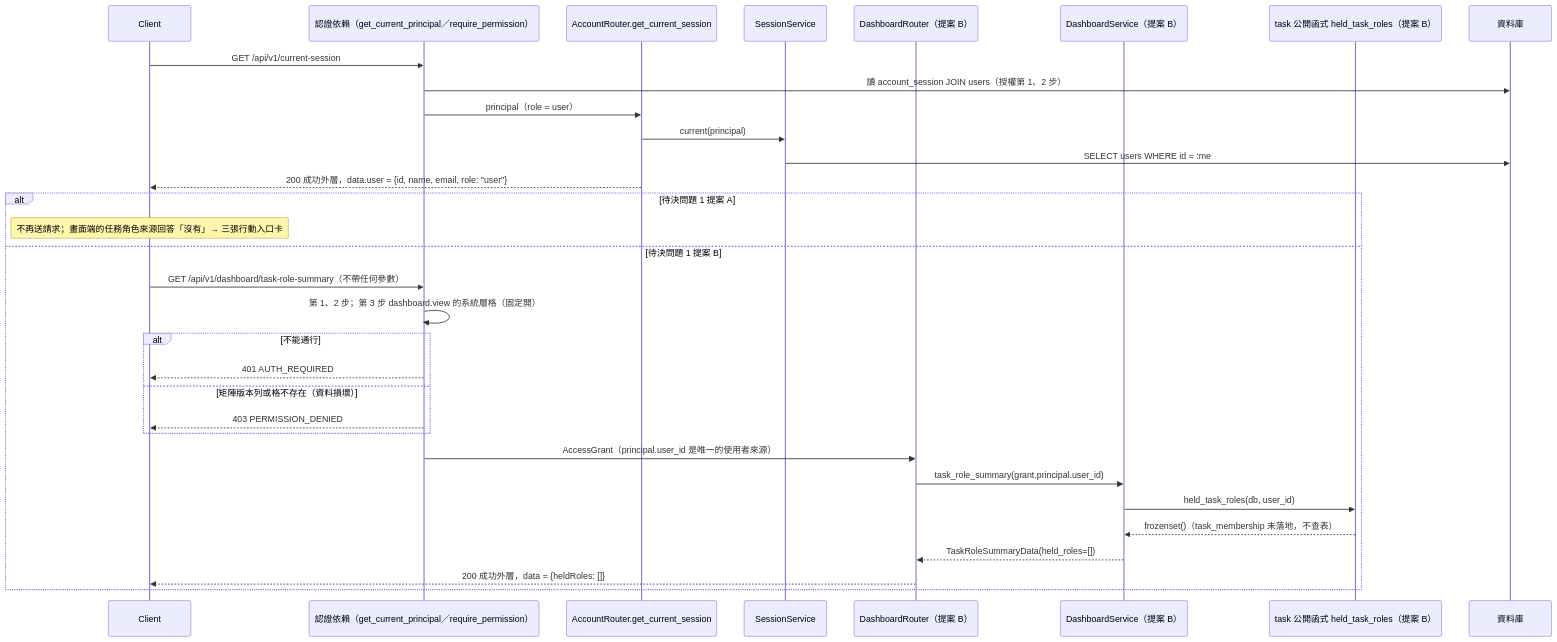
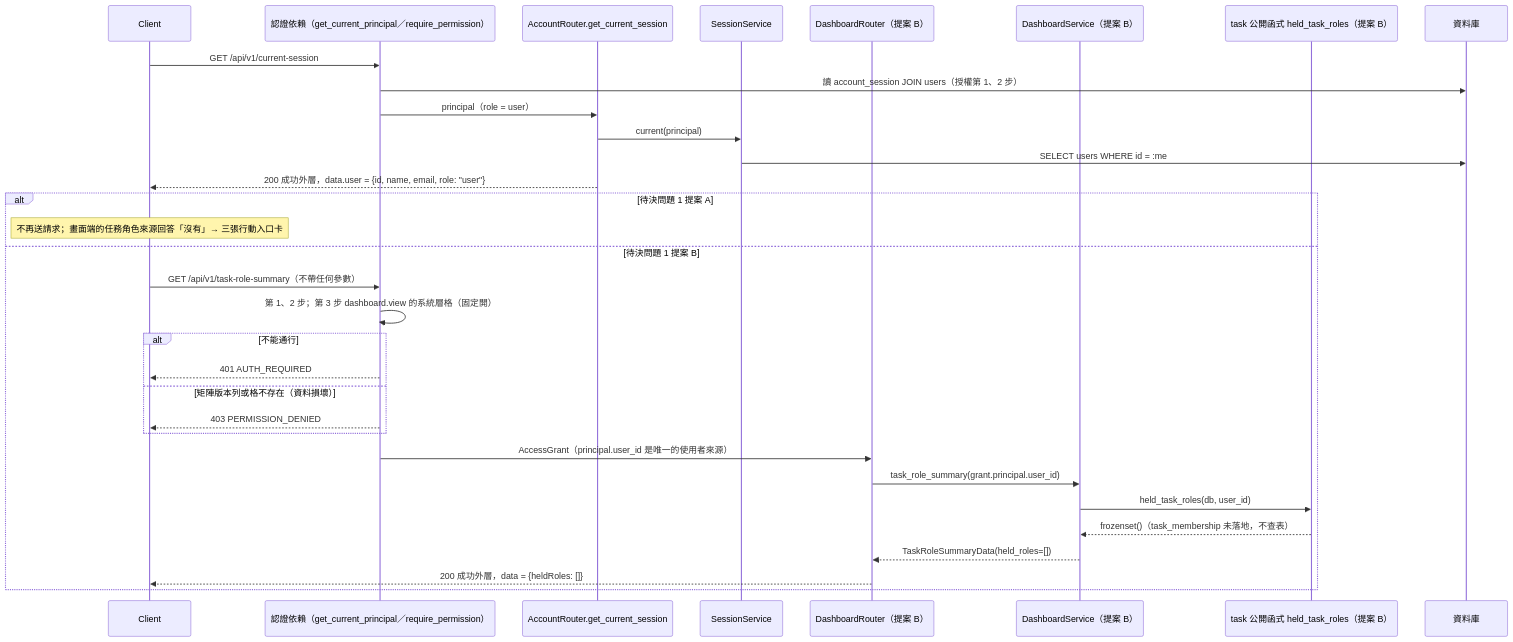
Before and after one commit to label-suite/label-suite: the fifth of 9 diagrams in openspec/changes/dashboard-shell/system-design.md, drawn with Mermaid. The commit also changed other lines of this file and 1 other file, not shown here.

First line of the commit message:
docs: add the API contract for dashboard-shell (#722)

````diff
--- a/openspec/changes/dashboard-shell/system-design.md
+++ b/openspec/changes/dashboard-shell/system-design.md
@@ -246,34 +246,34 @@
 ```mermaid
 sequenceDiagram
   participant C as Client
   participant G as 認證依賴（get_current_principal／require_permission）
   participant AR as AccountRouter.get_current_session
   participant AS as SessionService
   participant DR as DashboardRouter（提案 B）
   participant DS as DashboardService（提案 B）
   participant T as task 公開函式 held_task_roles（提案 B）
   participant DB as 資料庫
   C->>G: GET /api/v1/current-session
   G->>DB: 讀 account_session JOIN users（授權第 1、2 步）
   G->>AR: principal（role = user）
   AR->>AS: current(principal)
   AS->>DB: SELECT users WHERE id = :me
   AR-->>C: 200 成功外層，data.user = {id, name, email, role: "user"}
   alt 待決問題 1 提案 A
     Note over C: 不再送請求；畫面端的任務角色來源回答「沒有」→ 三張行動入口卡
   else 待決問題 1 提案 B
-    C->>G: GET /api/v1/dashboard/task-role-summary（不帶任何參數）
+    C->>G: GET /api/v1/task-role-summary（不帶任何參數）
     G->>G: 第 1、2 步；第 3 步 dashboard.view 的系統層格（固定開）
     alt 不能通行
       G-->>C: 401 AUTH_REQUIRED
     else 矩陣版本列或格不存在（資料損壞）
       G-->>C: 403 PERMISSION_DENIED
     end
     G->>DR: AccessGrant（principal.user_id 是唯一的使用者來源）
     DR->>DS: task_role_summary(grant.principal.user_id)
     DS->>T: held_task_roles(db, user_id)
     T-->>DS: frozenset()（task_membership 未落地，不查表）
     DS-->>DR: TaskRoleSummaryData(held_roles=[])
     DR-->>C: 200 成功外層，data = {heldRoles: []}
   end
 ```
````
